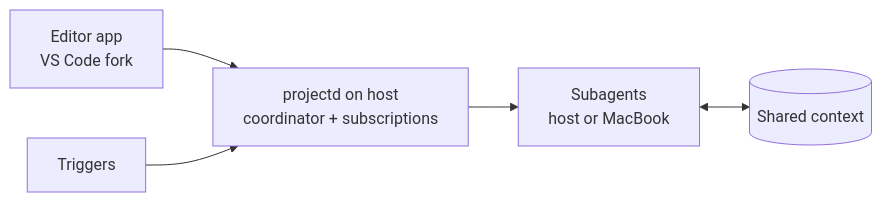
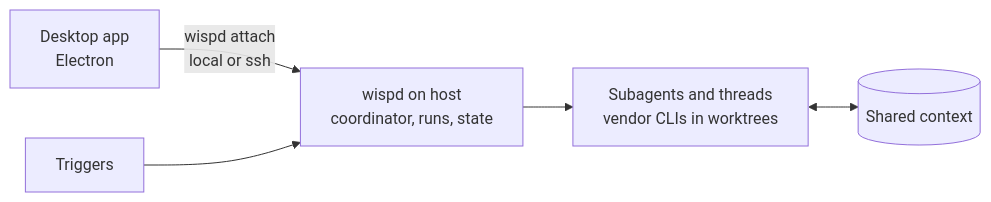
Before and after one commit to ryan-stoffel/parallax: the diagram in docs/PLAN.md, drawn with Mermaid. The commit also changed other lines of this file, not shown here.

Commit message:
docs: rewrite PLAN.md for the app and new milestones (RYA-8)

````diff
--- a/docs/PLAN.md
+++ b/docs/PLAN.md
@@ -45,8 +47,7 @@
 ```mermaid
 flowchart LR
-  E[Editor app<br/>VS Code fork] --> H[projectd on host<br/>coordinator + subscriptions]
+  A[Desktop app<br/>Electron] -- "wispd attach<br/>local or ssh" --> H[wispd on host<br/>coordinator, runs, state]
   T[Triggers] --> H
-  H --> W[Subagents<br/>host or MacBook]
+  H --> W[Subagents and threads<br/>vendor CLIs in worktrees]
   W <--> S[(Shared context)]
-
 ```
````
